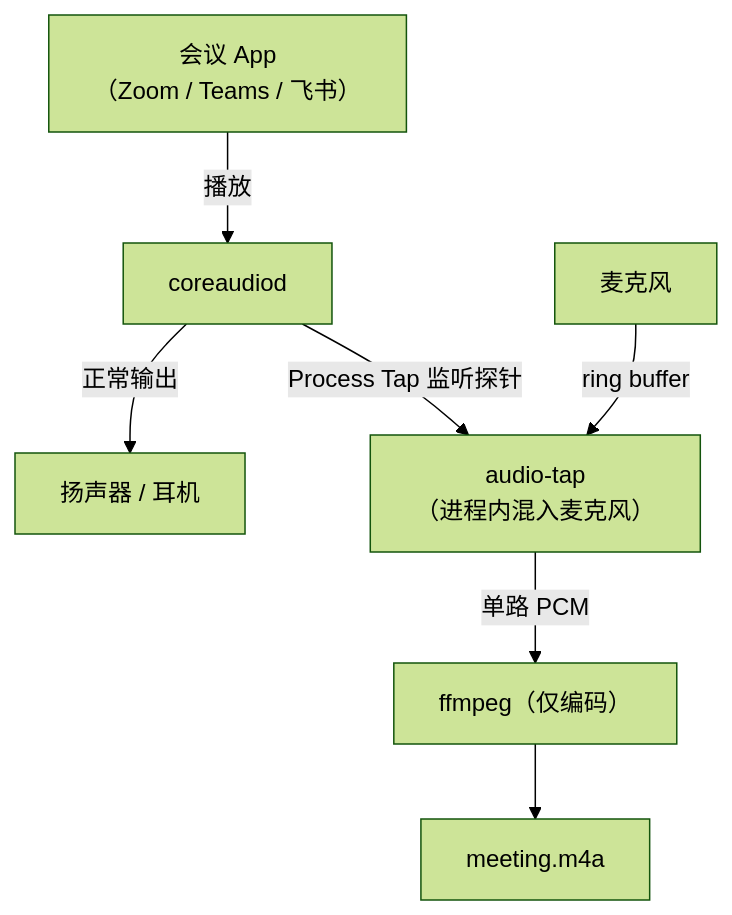
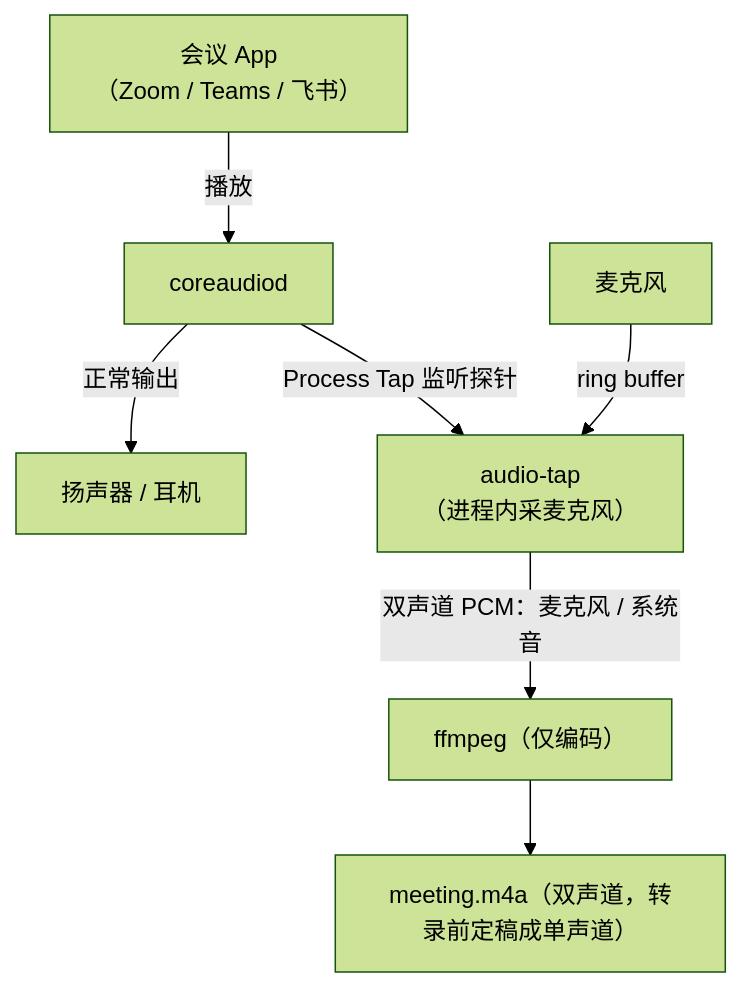
One commit to henceman777/meetap changed the first of 2 diagrams in docs/how-it-works.md. Above: the diagram before and after it, drawn with Mermaid (forest theme). The commit also changed other lines of this file and 4 other files, not shown here.

````diff
--- a/docs/how-it-works.md
+++ b/docs/how-it-works.md
@@ -18,10 +18,10 @@
 ```mermaid
 %%{init: {'flowchart': {'curve': 'basis'}}}%%
 flowchart TB
     APP["会议 App<br/>（Zoom / Teams / 飞书）"] -->|播放| CAD[coreaudiod]
     CAD -->|正常输出| SPK[扬声器 / 耳机]
-    CAD -->|Process Tap 监听探针| TAP["audio-tap<br/>（进程内混入麦克风）"]
+    CAD -->|Process Tap 监听探针| TAP["audio-tap<br/>（进程内采麦克风）"]
     MIC[麦克风] -->|ring buffer| TAP
-    TAP -->|单路 PCM| FF["ffmpeg（仅编码）"]
-    FF --> M4A[meeting.m4a]
+    TAP -->|双声道 PCM：麦克风 / 系统音| FF["ffmpeg（仅编码）"]
+    FF --> M4A["meeting.m4a（双声道，转录前定稿成单声道）"]
 ```
````
